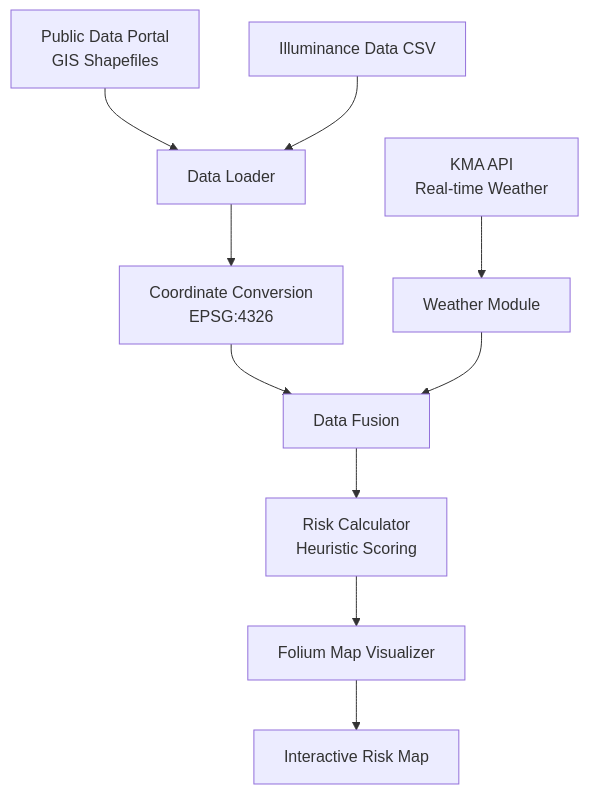
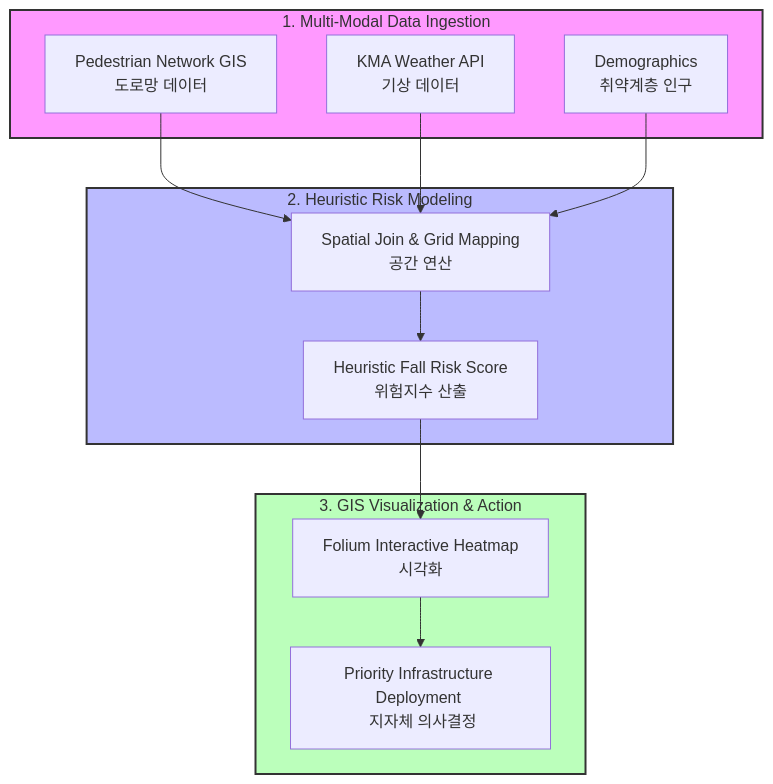
One commit to junhyung-L/The-11th-Incheon-Public-Data-Utilization-Competition changed the diagram in README.md. Above: the diagram before and after it, drawn with Mermaid.

Commit message:
docs: Strengthen narrative flow and story in README

````diff
--- a/README.md
+++ b/README.md
@@ -26,14 +26,22 @@
 ```mermaid
 graph TD
-    A[Public Data Portal <br> GIS Shapefiles] --> B[Data Loader]
-    C[KMA API <br> Real-time Weather] --> D[Weather Module]
-    E[Illuminance Data CSV] --> B
-    
-    B --> F[Coordinate Conversion <br> EPSG:4326]
-    F --> G[Data Fusion]
-    D --> G
-    
-    G --> H[Risk Calculator <br> Heuristic Scoring]
-    H --> I[Folium Map Visualizer]
-    I --> J[Interactive Risk Map]
+    subgraph Data_Acquisition [1. Multi-Modal Data Ingestion]
+        A[Pedestrian Network GIS <br> 도로망 데이터]
+        B[KMA Weather API <br> 기상 데이터]
+        C[Demographics <br> 취약계층 인구]
+    end
+
+    subgraph Core_Processing [2. Heuristic Risk Modeling]
+        A & B & C --> D[Spatial Join & Grid Mapping <br> 공간 연산]
+        D --> E[Heuristic Fall Risk Score <br> 위험지수 산출]
+    end
+
+    subgraph Visualization_Action [3. GIS Visualization & Action]
+        E --> F[Folium Interactive Heatmap <br> 시각화]
+        F --> G[Priority Infrastructure Deployment <br> 지자체 의사결정]
+    end
+
+    style Data_Acquisition fill:#f9f,stroke:#333,stroke-width:2px
+    style Core_Processing fill:#bbf,stroke:#333,stroke-width:2px
+    style Visualization_Action fill:#bfb,stroke:#333,stroke-width:2px
 ```
````
